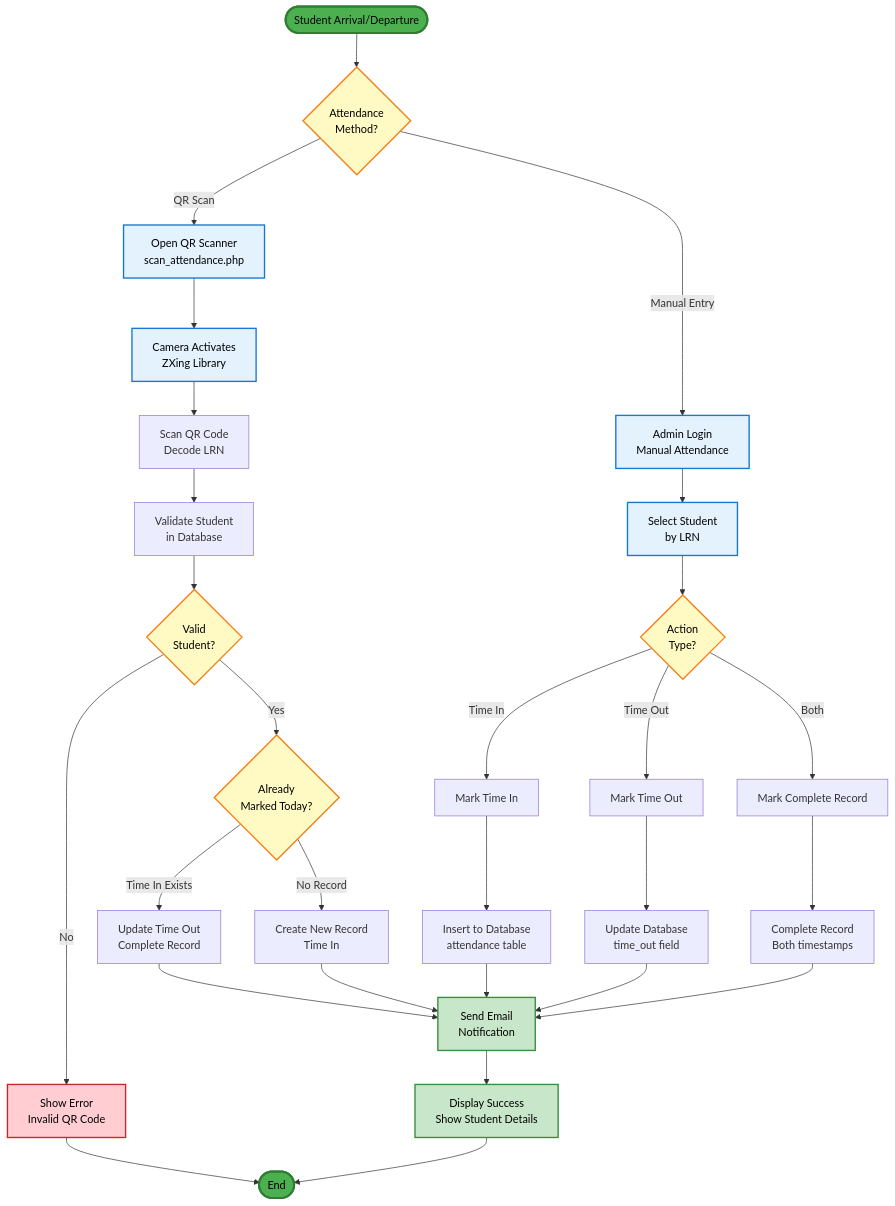
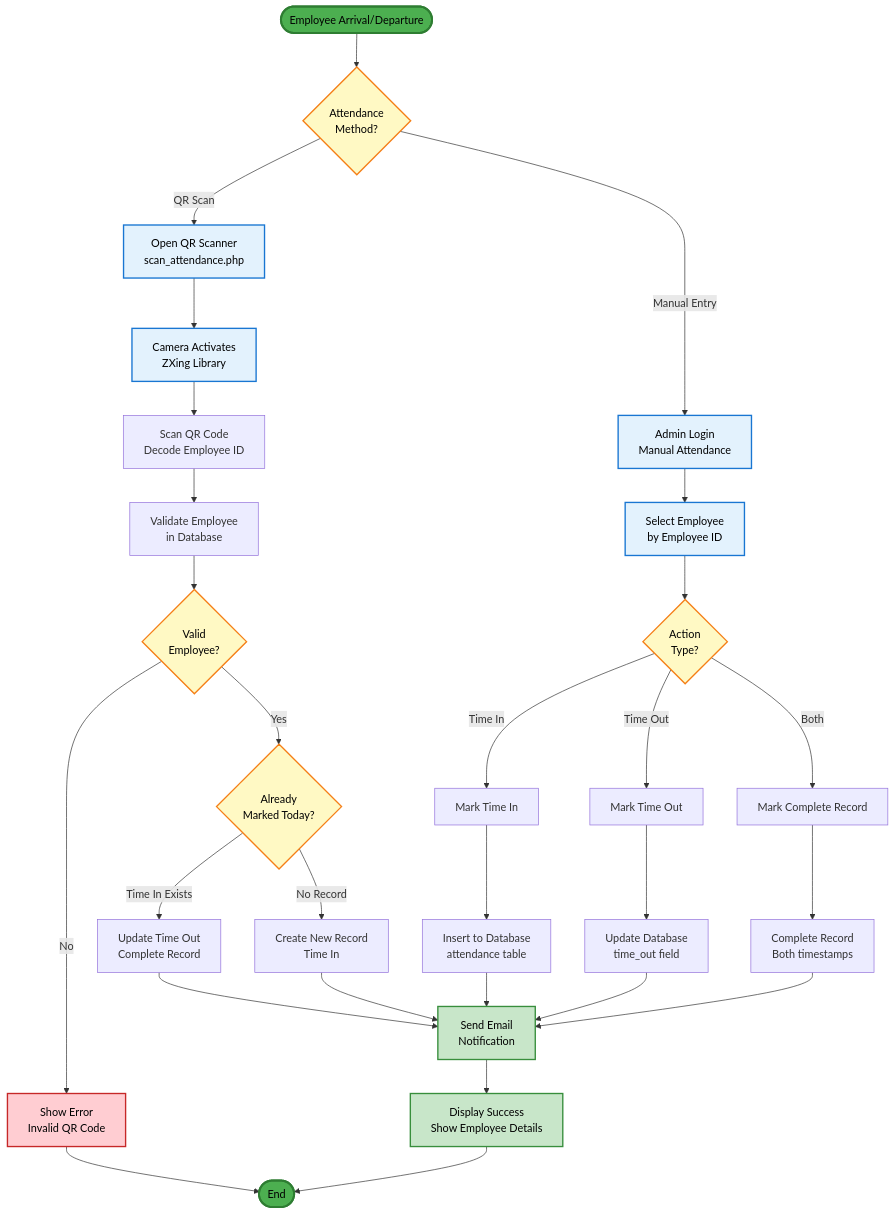
Before and after one commit to TsmHabib03/EAT: the third of 8 diagrams in GENERAL_PROCEDURE_FLOWCHART.md, drawn with Mermaid. The commit also changed other lines of this file and 64 other files, not shown here.

````diff
--- a/GENERAL_PROCEDURE_FLOWCHART.md
+++ b/GENERAL_PROCEDURE_FLOWCHART.md
@@ -98,54 +98,54 @@
 ```mermaid
 flowchart TD
-    Start([Student Arrival/Departure]) --> A{Attendance<br/>Method?}
+    Start([Employee Arrival/Departure]) --> A{Attendance<br/>Method?}
     
     A -->|QR Scan| B[Open QR Scanner<br/>scan_attendance.php]
     A -->|Manual Entry| C[Admin Login<br/>Manual Attendance]
     
     B --> D[Camera Activates<br/>ZXing Library]
-    C --> E[Select Student<br/>by LRN]
+    C --> E[Select Employee<br/>by Employee ID]
     
-    D --> F[Scan QR Code<br/>Decode LRN]
+    D --> F[Scan QR Code<br/>Decode Employee ID]
     E --> G{Action<br/>Type?}
     
-    F --> H[Validate Student<br/>in Database]
+    F --> H[Validate Employee<br/>in Database]
     G -->|Time In| I[Mark Time In]
     G -->|Time Out| J[Mark Time Out]
     G -->|Both| K[Mark Complete Record]
     
-    H --> L{Valid<br/>Student?}
+    H --> L{Valid<br/>Employee?}
     
     L -->|No| M[Show Error<br/>Invalid QR Code]
     L -->|Yes| N{Already<br/>Marked Today?}
     
     N -->|Time In Exists| O[Update Time Out<br/>Complete Record]
     N -->|No Record| P[Create New Record<br/>Time In]
     
     I --> Q[Insert to Database<br/>attendance table]
     J --> R[Update Database<br/>time_out field]
     K --> S[Complete Record<br/>Both timestamps]
     
     O --> T[Send Email<br/>Notification]
     P --> T
     Q --> T
     R --> T
     S --> T
     
-    T --> U[Display Success<br/>Show Student Details]
+    T --> U[Display Success<br/>Show Employee Details]
     M --> End([End])
     U --> End
     
     style Start fill:#4CAF50,stroke:#2E7D32,stroke-width:3px,color:#000
     style End fill:#4CAF50,stroke:#2E7D32,stroke-width:3px,color:#000
     style A fill:#FFF9C4,stroke:#F57F17,stroke-width:2px,color:#000
     style L fill:#FFF9C4,stroke:#F57F17,stroke-width:2px,color:#000
     style N fill:#FFF9C4,stroke:#F57F17,stroke-width:2px,color:#000
     style G fill:#FFF9C4,stroke:#F57F17,stroke-width:2px,color:#000
     style B fill:#E3F2FD,stroke:#1976D2,stroke-width:2px,color:#000
     style C fill:#E3F2FD,stroke:#1976D2,stroke-width:2px,color:#000
     style D fill:#E3F2FD,stroke:#1976D2,stroke-width:2px,color:#000
     style E fill:#E3F2FD,stroke:#1976D2,stroke-width:2px,color:#000
     style M fill:#FFCDD2,stroke:#C62828,stroke-width:2px,color:#000
     style T fill:#C8E6C9,stroke:#388E3C,stroke-width:2px,color:#000
     style U fill:#C8E6C9,stroke:#388E3C,stroke-width:2px,color:#000
 ```
````
